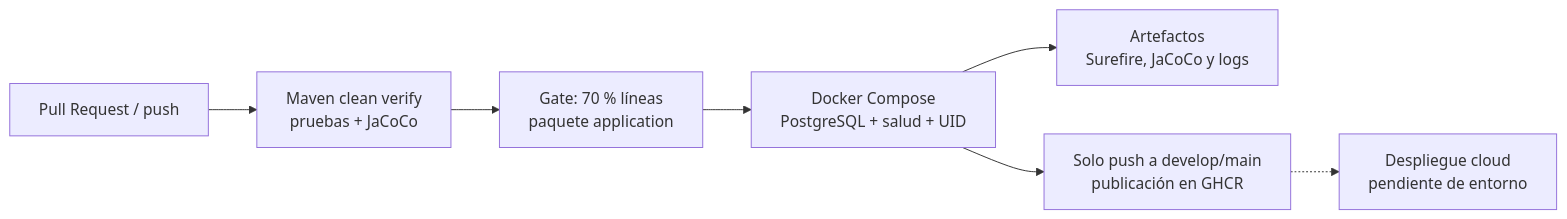
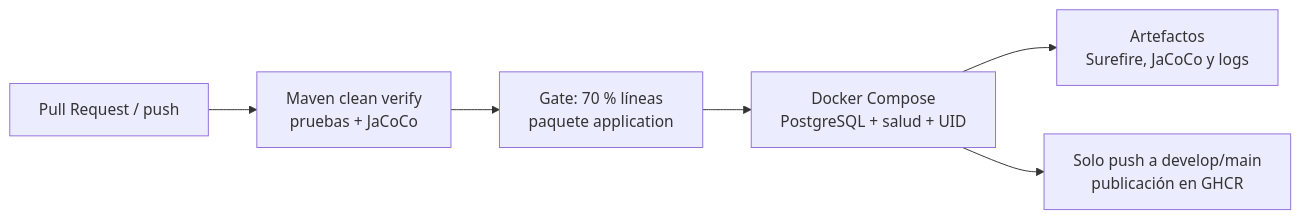
The diagram in docs/segundo-avance/3.2-pipelines-ci-cd.md (PeaceApp-UPC-17433/PeaceApp-Report), drawn with Mermaid before and after one commit. The commit also changed other lines of this file and 4 other files, not shown here.

````diff
--- a/docs/segundo-avance/3.2-pipelines-ci-cd.md
+++ b/docs/segundo-avance/3.2-pipelines-ci-cd.md
@@ -8,9 +8,8 @@
 ```mermaid
 flowchart LR
   PR["Pull Request / push"] --> V["Maven clean verify<br/>pruebas + JaCoCo"]
   V --> G["Gate: 70 % líneas<br/>paquete application"]
   G --> D["Docker Compose<br/>PostgreSQL + salud + UID"]
   D --> A["Artefactos<br/>Surefire, JaCoCo y logs"]
   D --> P["Solo push a develop/main<br/>publicación en GHCR"]
-  P -.-> C["Despliegue cloud<br/>pendiente de entorno"]
 ```
````
